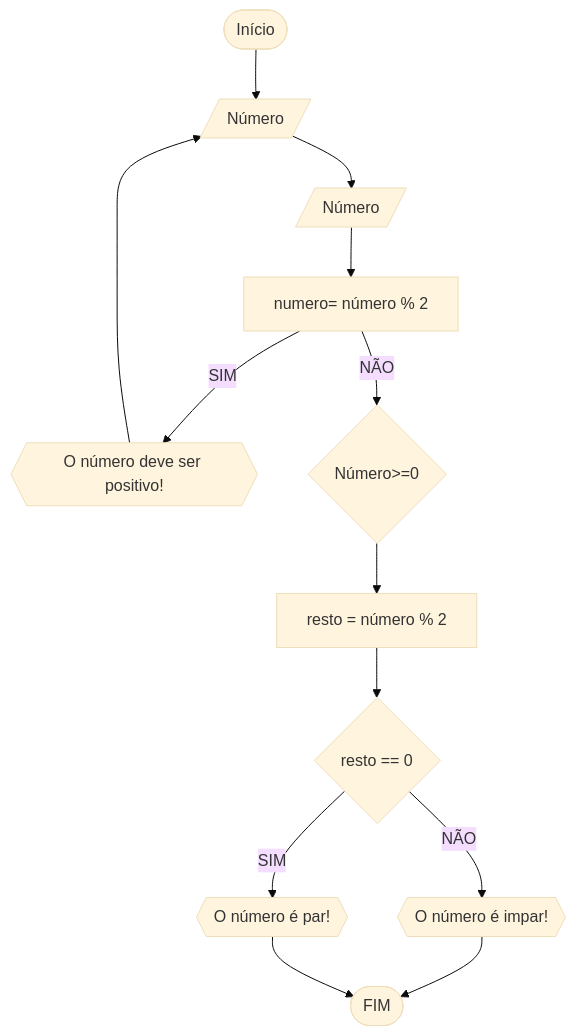
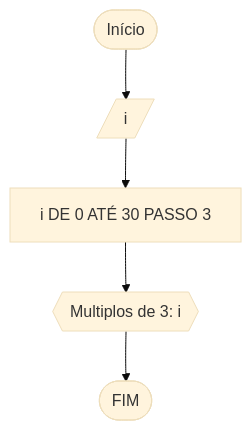
The second of 2 diagrams in RLA/lista3_exercicios.md (marviniciuss/unifor), drawn with Mermaid (base theme) before and after one commit. The commit also changed other lines of this file, not shown here.

````diff
--- a/RLA/lista3_exercicios.md
+++ b/RLA/lista3_exercicios.md
@@ -49,15 +49,8 @@
 ```mermaid
 flowchart TD
-A([Início])-->B[/Número/]
-B-->C[/Número/]
-C--> D[numero= número % 2]
-D--SIM-->E{{O número deve ser positivo!}}
-E-->B
-D--NÃO-->F{Número>=0}
-F-->G[resto = número % 2]
-G-->H{resto == 0}
-H--NÃO-->I{{O número é impar!}}
-I-->K
-H--SIM-->J{{O número é par!}}
-J-->K([FIM])
+A([Início])-->B[/i/]
+B-->C[i DE 0 ATÉ 30 PASSO 3]
+C--> D{{"Multiplos de 3: i"}}
+D-->E([FIM])
+
 ```
````
